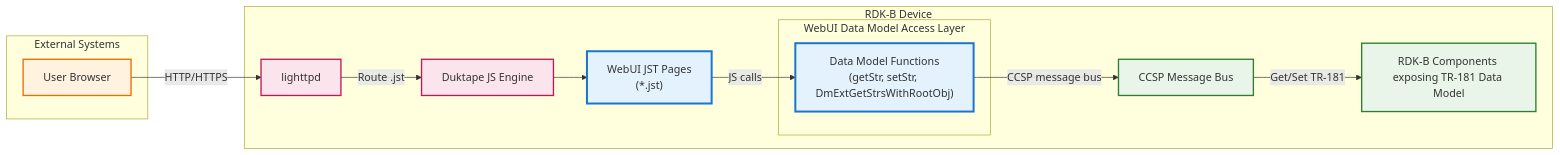
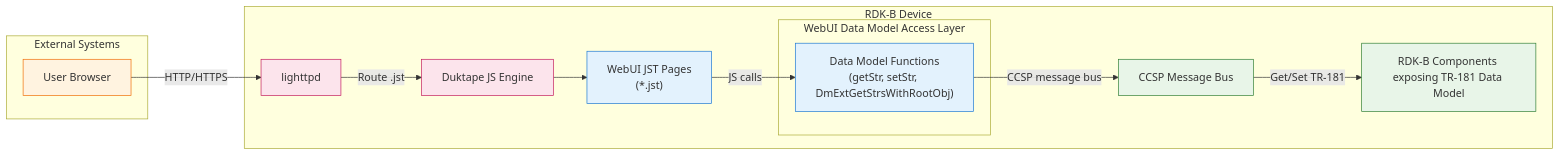
Before and after one commit to rns21/RDK_Documentation: the first of 11 diagrams in docs/docu/dec17/webui_latest.md, drawn with Mermaid. The commit also changed other lines of this file, not shown here.

````diff
--- a/docs/docu/dec17/webui_latest.md
+++ b/docs/docu/dec17/webui_latest.md
@@ -7,41 +7,41 @@
 ```mermaid
 graph LR
     subgraph "External Systems"
         Browser["User Browser"]
     end
 
     subgraph "RDK-B Device"
         Lighttpd["lighttpd"]
         Duktape["Duktape JS Engine"]
         Pages["WebUI JST Pages<br>(*.jst)"]
 
         subgraph "WebUI Data Model Access Layer"
             DmFuncs["Data Model Functions<br>(getStr, setStr, DmExtGetStrsWithRootObj)"]
         end
 
         CCSPBus["CCSP Message Bus"]
         DataModelOwners["RDK-B Components exposing TR-181 Data Model"]
     end
 
     %% External connections
     Browser -->|HTTP/HTTPS| Lighttpd
 
     %% Web server to template engine
     Lighttpd -->|Route .jst| Duktape
     Duktape --> Pages
 
     %% Data model access
     Pages -->|JS calls| DmFuncs
     DmFuncs -->|CCSP message bus| CCSPBus
     CCSPBus -->|Get/Set TR-181| DataModelOwners
 
-    classDef external fill:#fff3e0,stroke:#ef6c00,stroke-width:2px;
-    classDef webui fill:#e3f2fd,stroke:#1976d2,stroke-width:3px;
-    classDef rdkbComponent fill:#e8f5e8,stroke:#2e7d32,stroke-width:2px;
-    classDef system fill:#fce4ec,stroke:#c2185b,stroke-width:2px;
+    classDef external fill:#fff3e0,stroke:#ef6c00,strokeWidth:2px
+    classDef webui fill:#e3f2fd,stroke:#1976d2,strokeWidth:3px
+    classDef rdkbComponent fill:#e8f5e8,stroke:#2e7d32,strokeWidth:2px
+    classDef system fill:#fce4ec,stroke:#c2185b,strokeWidth:2px
 
-    class Browser external;
-    class Pages,DmFuncs webui;
-    class CCSPBus,DataModelOwners rdkbComponent;
-    class Lighttpd,Duktape system;
+    class Browser external
+    class Pages,DmFuncs webui
+    class CCSPBus,DataModelOwners rdkbComponent
+    class Lighttpd,Duktape system
 ```
````
